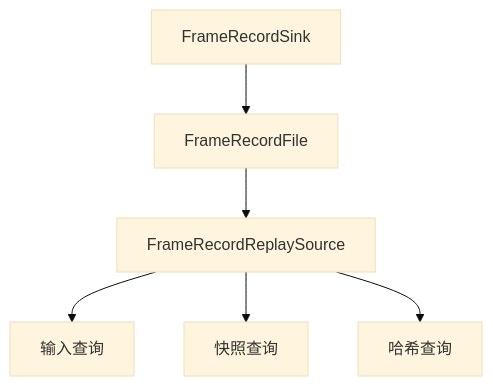
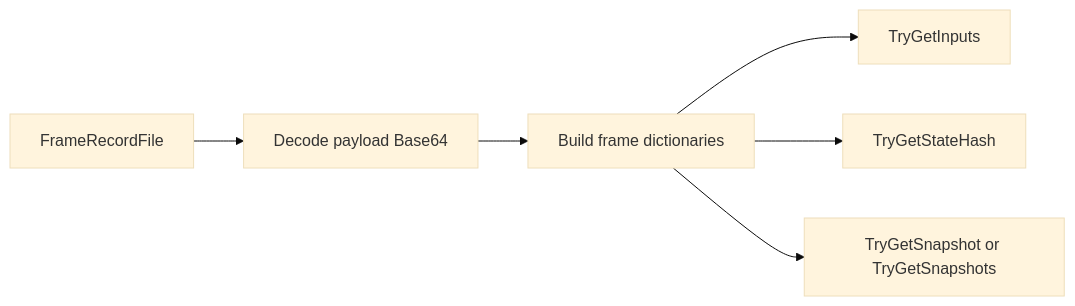
One commit to Kurumioi/AbilityKit changed the seventh of 12 diagrams in Docs/design/07-NetworkSynchronization/04-ReplaySystem.md. Above: the diagram before and after it, drawn with Mermaid (base theme). The commit also changed other lines of this file and 389 other files, not shown here.

````diff
--- a/Docs/design/07-NetworkSynchronization/04-ReplaySystem.md
+++ b/Docs/design/07-NetworkSynchronization/04-ReplaySystem.md
@@ -214,8 +340,8 @@
 ```mermaid
-flowchart TB
-    Writer[FrameRecordSink] --> File[FrameRecordFile]
-    File --> ReplaySource[FrameRecordReplaySource]
-    ReplaySource --> Inputs[输入查询]
-    ReplaySource --> Snapshots[快照查询]
-    ReplaySource --> Hashes[哈希查询]
+flowchart LR
+    File[FrameRecordFile] --> Decode[Decode payload Base64]
+    Decode --> Index[Build frame dictionaries]
+    Index --> Inputs[TryGetInputs]
+    Index --> Hash[TryGetStateHash]
+    Index --> Snapshots[TryGetSnapshot or TryGetSnapshots]
 ```
````
